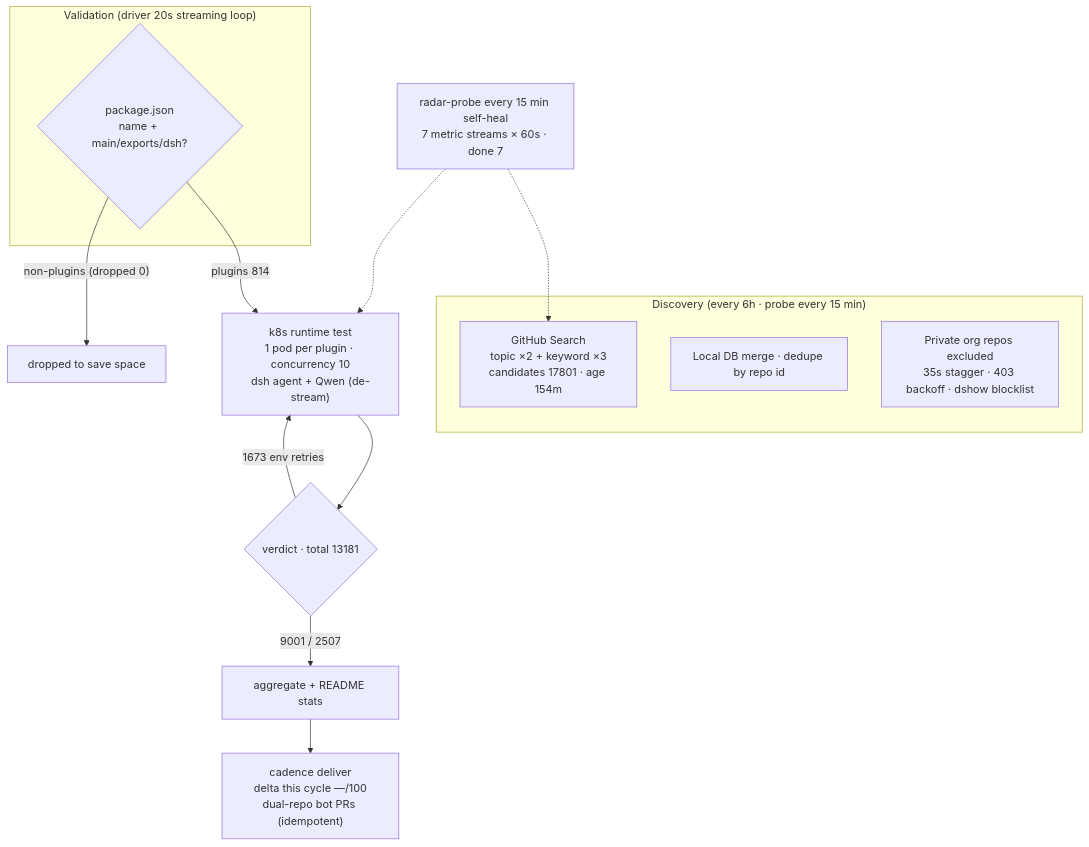
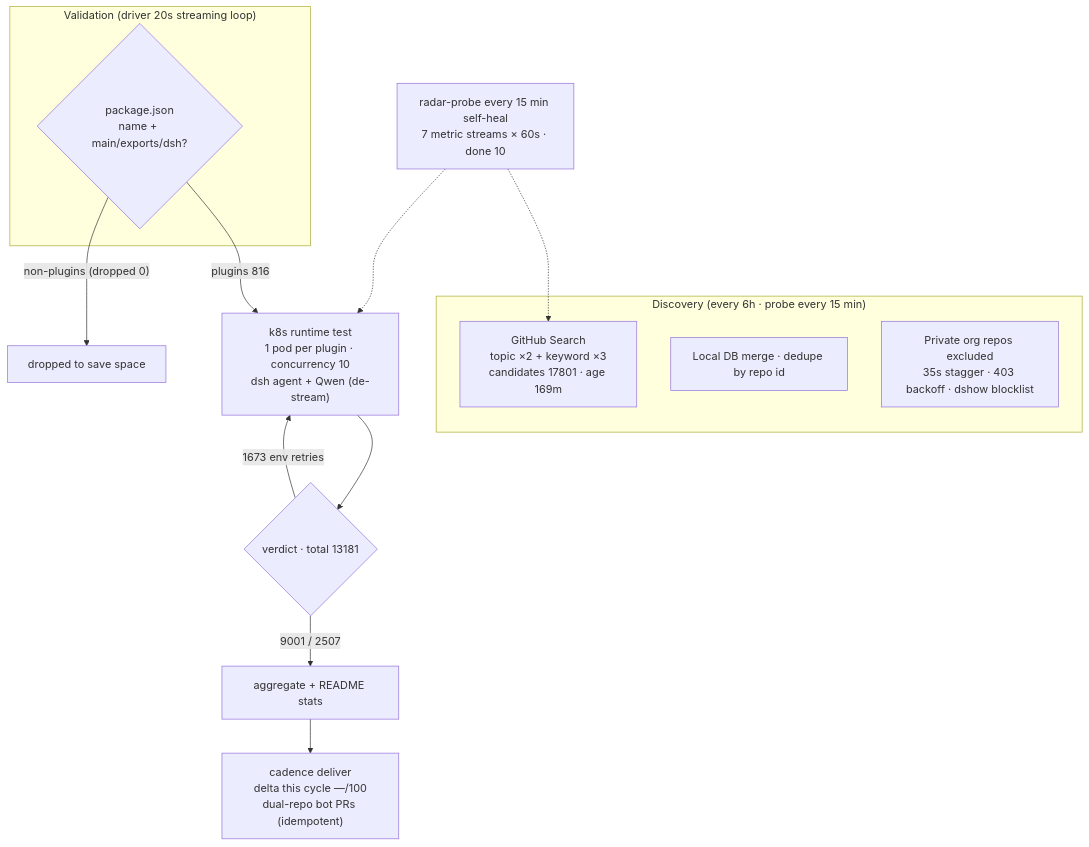
The diagram in README.en-US.md (AdamPlatin123/awesome-dsh-plugins), drawn with Mermaid before and after one commit. The commit also changed other lines of this file and 5 other files, not shown here.

````diff
--- a/README.en-US.md
+++ b/README.en-US.md
@@ -45,20 +45,20 @@
 ```mermaid
 flowchart TB
     subgraph Discovery["Discovery (every 6h · probe every 15 min)"]
-        A1["GitHub Search<br/>topic ×2 + keyword ×3<br/>candidates 17801 · age 154m"]
+        A1["GitHub Search<br/>topic ×2 + keyword ×3<br/>candidates 17801 · age 169m"]
         A2["Local DB merge · dedupe by repo id"]
         A3["Private org repos excluded<br/>35s stagger · 403 backoff · dshow blocklist"]
     end
     subgraph Validation["Validation (driver 20s streaming loop)"]
         B1{"package.json<br/>name + main/exports/dsh?"}
     end
-    B1 -->|"plugins 814"| C1["k8s runtime test<br/>1 pod per plugin · concurrency 10<br/>dsh agent + Qwen (de-stream)"]
+    B1 -->|"plugins 816"| C1["k8s runtime test<br/>1 pod per plugin · concurrency 10<br/>dsh agent + Qwen (de-stream)"]
     B1 -->|"non-plugins (dropped 0)"| B3["dropped to save space"]
     C1 --> D1{"verdict · total 13181"}
     D1 -->|"9001 / 2507"| E1["aggregate + README stats"]
     D1 -->|"1673 env retries"| C1
     E1 --> E2["cadence deliver<br/>delta this cycle —/100<br/>dual-repo bot PRs (idempotent)"]
-    M["radar-probe every 15 min self-heal<br/>7 metric streams × 60s · done 7"]
+    M["radar-probe every 15 min self-heal<br/>7 metric streams × 60s · done 10"]
     M -.-> A1
     M -.-> C1
 ```
````
